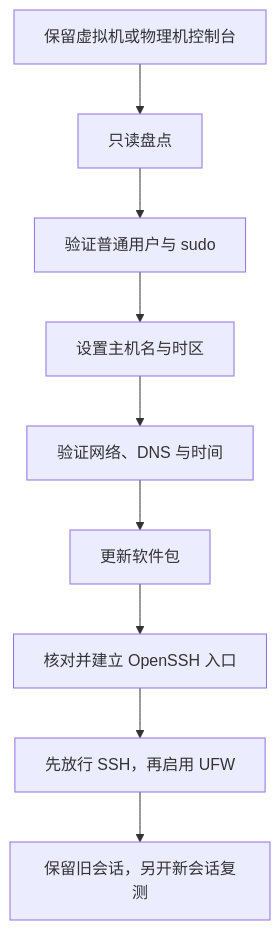
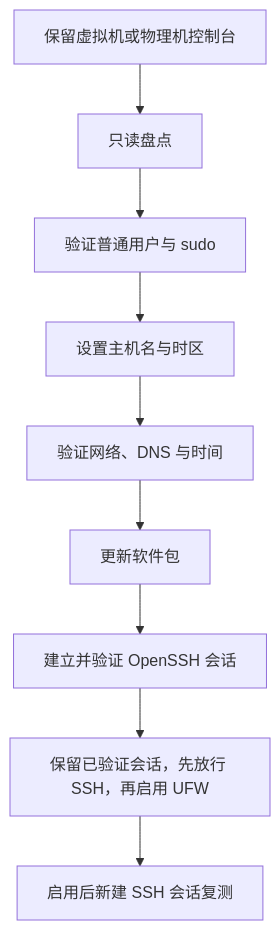
The diagram in Linux/系统管理/Ubuntu Server 初始化与基础安全.md (codeExpert666/Backend-Developer-Skills), drawn with Mermaid before and after one commit. The commit also changed other lines of this file and 12 other files, not shown here.

````diff
--- a/Linux/系统管理/Ubuntu Server 初始化与基础安全.md
+++ b/Linux/系统管理/Ubuntu Server 初始化与基础安全.md
@@ -44,11 +44,11 @@
 ```mermaid
 flowchart TD
     A["保留虚拟机或物理机控制台"] --> B["只读盘点"]
     B --> C["验证普通用户与 sudo"]
     C --> D["设置主机名与时区"]
     D --> E["验证网络、DNS 与时间"]
     E --> F["更新软件包"]
-    F --> G["核对并建立 OpenSSH 入口"]
-    G --> H["先放行 SSH，再启用 UFW"]
-    H --> I["保留旧会话，另开新会话复测"]
+    F --> G["建立并验证 OpenSSH 会话"]
+    G --> H["保留已验证会话，先放行 SSH，再启用 UFW"]
+    H --> I["启用后新建 SSH 会话复测"]
 ```
````
